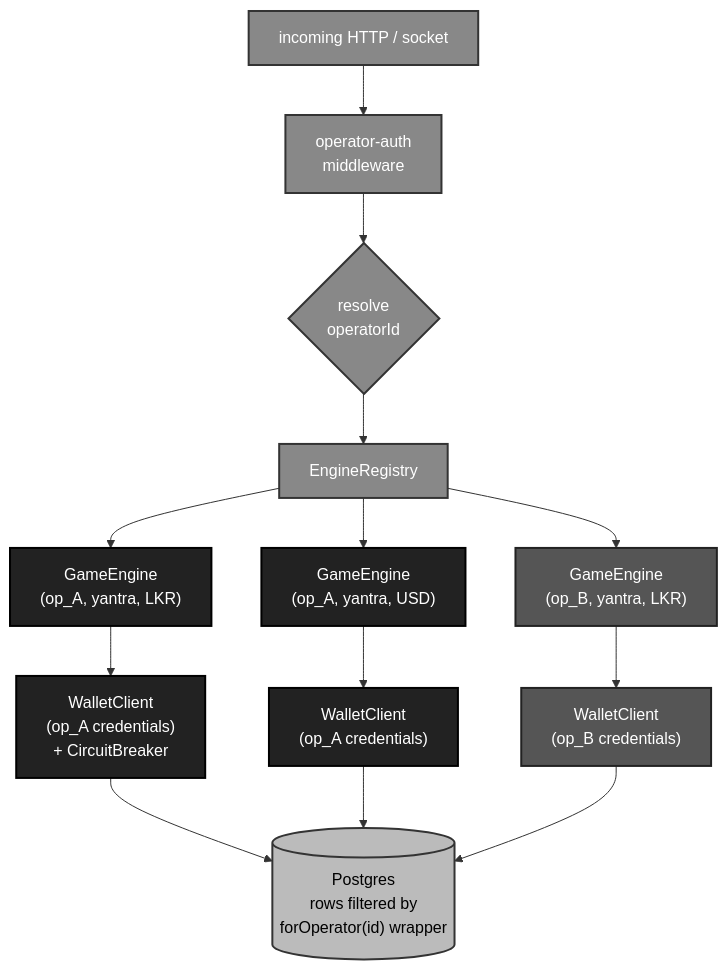
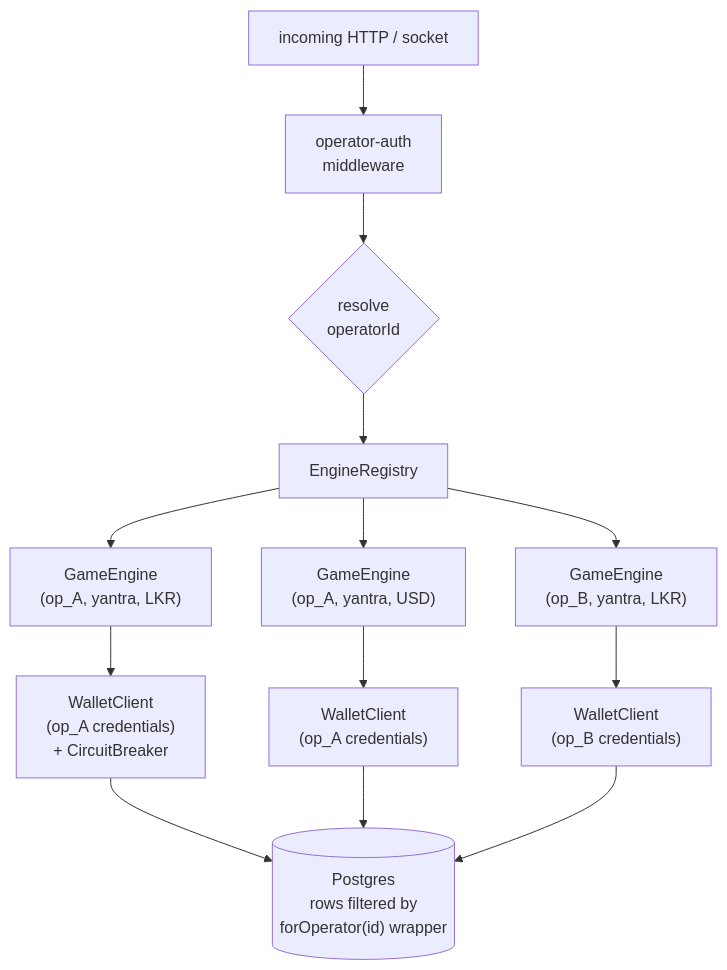
One commit to dinethlive/yantra-gaming changed the seventh of 9 diagrams in docs/architecture.md. Above: the diagram before and after it, drawn with Mermaid. The commit also changed other lines of this file and 2 other files, not shown here.

First line of the commit message:
docs: drop mermaid classDef overrides, use GitHub native theming

````diff
--- a/docs/architecture.md
+++ b/docs/architecture.md
@@ -262,24 +230,15 @@
 ```mermaid
 flowchart TB
     req["incoming HTTP / socket"] --> auth["operator-auth<br/>middleware"]
     auth --> opid{"resolve<br/>operatorId"}
     opid --> reg["EngineRegistry"]
     reg --> eng1["GameEngine<br/>(op_A, yantra, LKR)"]
     reg --> eng2["GameEngine<br/>(op_A, yantra, USD)"]
     reg --> eng3["GameEngine<br/>(op_B, yantra, LKR)"]
     eng1 --> wc1["WalletClient<br/>(op_A credentials)<br/>+ CircuitBreaker"]
     eng2 --> wc2["WalletClient<br/>(op_A credentials)"]
     eng3 --> wc3["WalletClient<br/>(op_B credentials)"]
     wc1 --> db[("Postgres<br/>rows filtered by<br/>forOperator(id) wrapper")]
     wc2 --> db
     wc3 --> db
-
-    classDef primary fill:#222,stroke:#000,color:#fff,stroke-width:2px;
-    classDef secondary fill:#555,stroke:#222,color:#fff,stroke-width:2px;
-    classDef tertiary fill:#888,stroke:#333,color:#fff,stroke-width:2px;
-    classDef store fill:#bbb,stroke:#333,color:#000,stroke-width:2px;
-    class eng1,eng2,wc1,wc2 primary;
-    class eng3,wc3 secondary;
-    class req,auth,opid,reg tertiary;
-    class db store;
 ```
````
